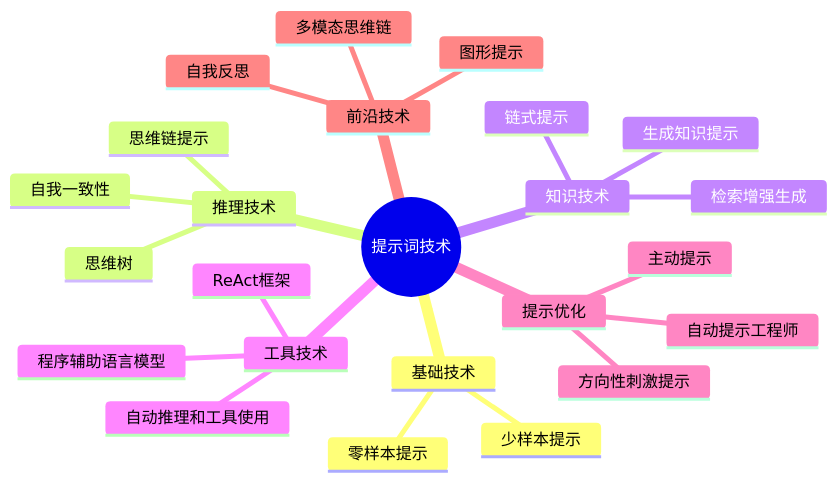
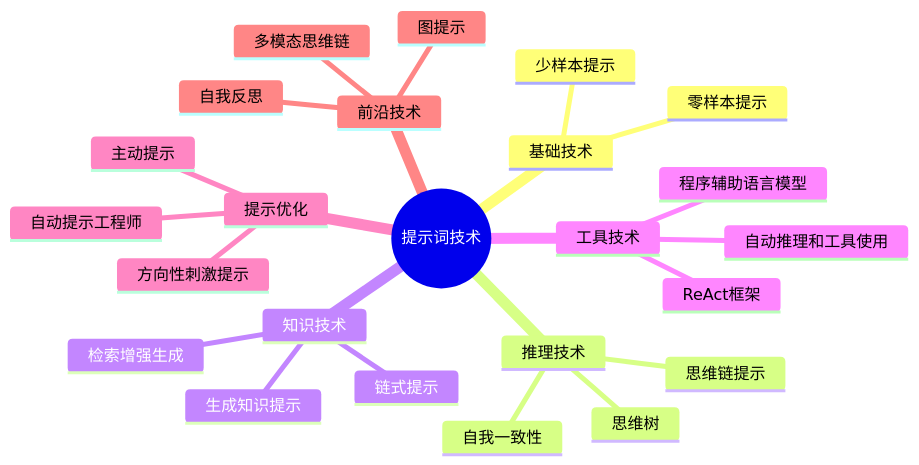
One commit to lihaizhong/ai-agent-upgrade changed the first of 21 diagrams in notebook/00-prompt-techniques-overview.md. Above: the diagram before and after it, drawn with Mermaid. The commit also changed other lines of this file and 15 other files, not shown here.

````diff
--- a/notebook/00-prompt-techniques-overview.md
+++ b/notebook/00-prompt-techniques-overview.md
@@ -9,27 +9,27 @@
 ```mermaid
 mindmap
   root((提示词技术))
     基础技术
       零样本提示
       少样本提示
     推理技术
       思维链提示
       自我一致性
       思维树
     知识技术
       链式提示
       检索增强生成
       生成知识提示
     工具技术
       ReAct框架
       程序辅助语言模型
       自动推理和工具使用
     提示优化
       自动提示工程师
       主动提示
       方向性刺激提示
     前沿技术
       自我反思
       多模态思维链
-      图形提示
+      图提示
 ```
````
